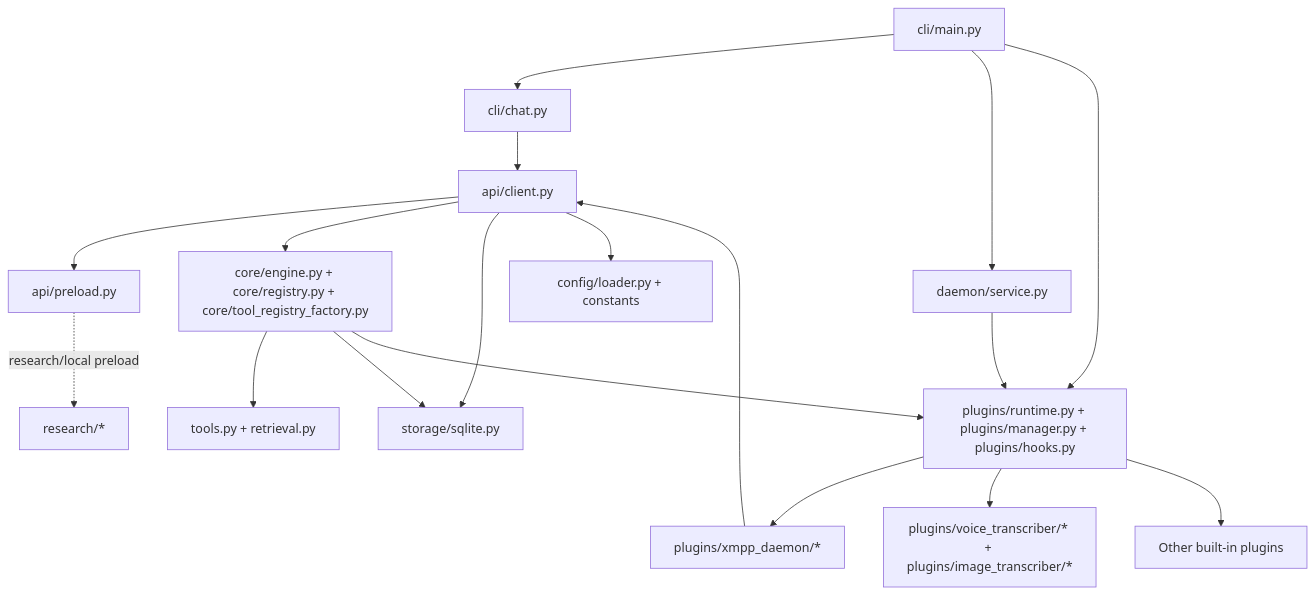
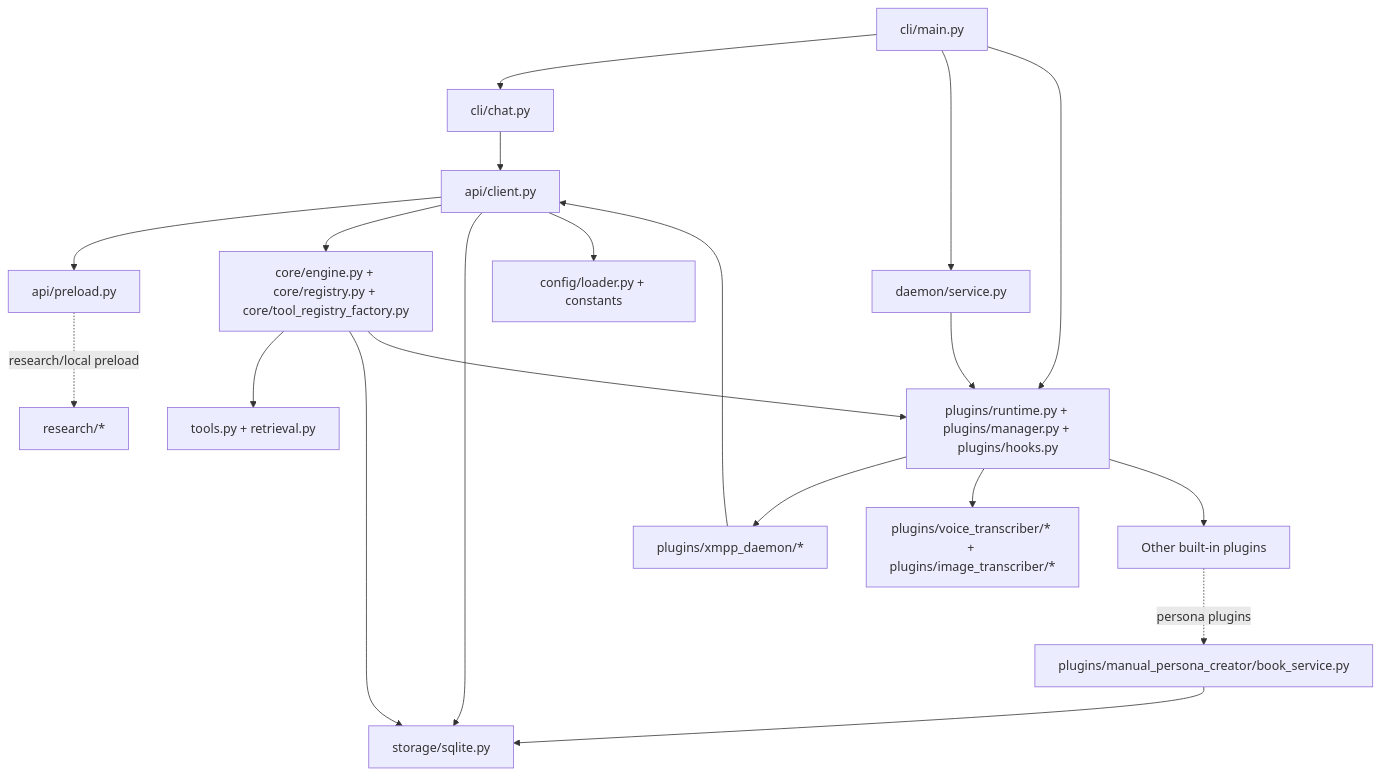
The second of 4 diagrams in ARCHITECTURE.md (evrenesat/asky), drawn with Mermaid before and after one commit. The commit also changed other lines of this file and 24 other files, not shown here.

First line of the commit message:
persona: add authored-book ingestion milestone

````diff
--- a/ARCHITECTURE.md
+++ b/ARCHITECTURE.md
@@ -83,37 +83,41 @@
 ```mermaid
 graph TD
     main["cli/main.py"]
     chat["cli/chat.py"]
     daemon["daemon/service.py"]
     api["api/client.py"]
     preload["api/preload.py"]
     core["core/engine.py + core/registry.py + core/tool_registry_factory.py"]
     tools["tools.py + retrieval.py"]
     storage["storage/sqlite.py"]
     research["research/*"]
     plugin_rt["plugins/runtime.py + plugins/manager.py + plugins/hooks.py"]
     xmpp["plugins/xmpp_daemon/*"]
     transcribers["plugins/voice_transcriber/* + plugins/image_transcriber/*"]
     other_plugins["Other built-in plugins"]
+    book_service["plugins/manual_persona_creator/book_service.py"]
     config["config/loader.py + constants"]
 
     main --> chat --> api
     main --> daemon
     main --> plugin_rt
 
     daemon --> plugin_rt
     plugin_rt --> xmpp
     plugin_rt --> transcribers
     plugin_rt --> other_plugins
     xmpp --> api
+    
+    other_plugins -. persona plugins .-> book_service
+    book_service --> storage
 
     api --> preload
     api --> core
     api --> storage
     api --> config
 
     core --> tools
     core --> storage
     core --> plugin_rt
     preload -. research/local preload .-> research
 ```
````
